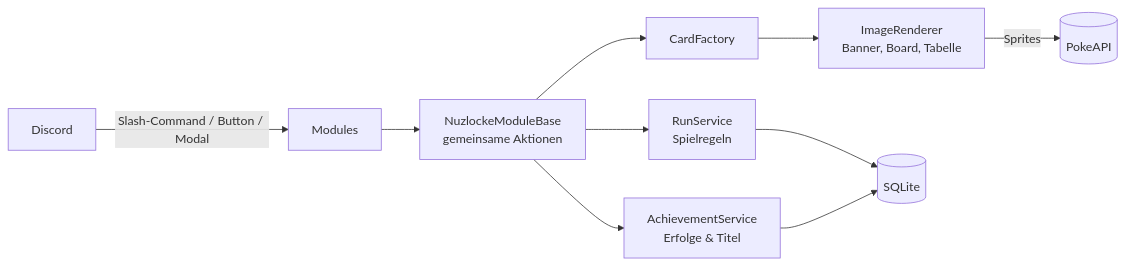
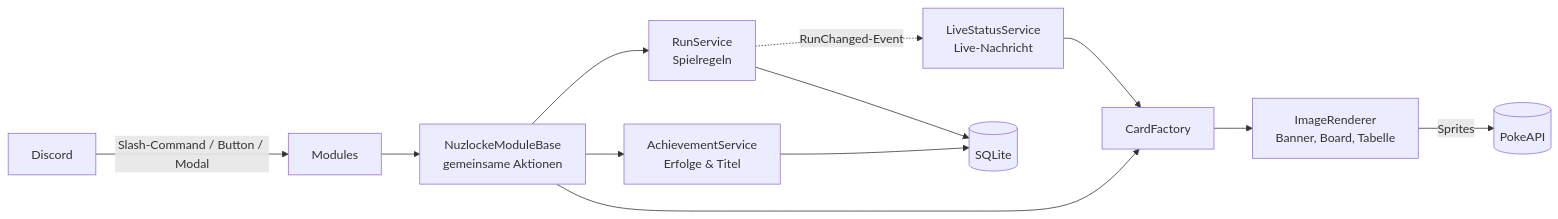
Before and after one commit to 2Joel1/nuzlocke-soullink-bot: the first of 2 diagrams in README.md, drawn with Mermaid. The commit also changed other lines of this file and 12 other files, not shown here.

First line of the commit message:
Live-Status, Run-Rückblick und ImageSharp-Fix

````diff
--- a/README.md
+++ b/README.md
@@ -60,12 +63,14 @@
 ```mermaid
 flowchart LR
     D[Discord] -->|Slash-Command / Button / Modal| M[Modules]
     M --> B[NuzlockeModuleBase<br/>gemeinsame Aktionen]
     B --> R[RunService<br/>Spielregeln]
     B --> A[AchievementService<br/>Erfolge & Titel]
     B --> C[CardFactory]
+    R -.->|RunChanged-Event| L[LiveStatusService<br/>Live-Nachricht]
+    L --> C
     C --> I[ImageRenderer<br/>Banner, Board, Tabelle]
     I -->|Sprites| P[(PokeAPI)]
     R --> DB[(SQLite)]
     A --> DB
 ```
````
